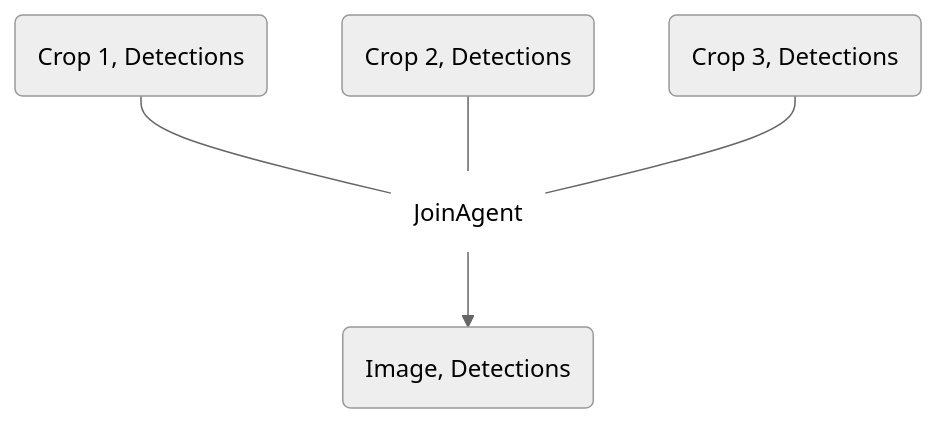
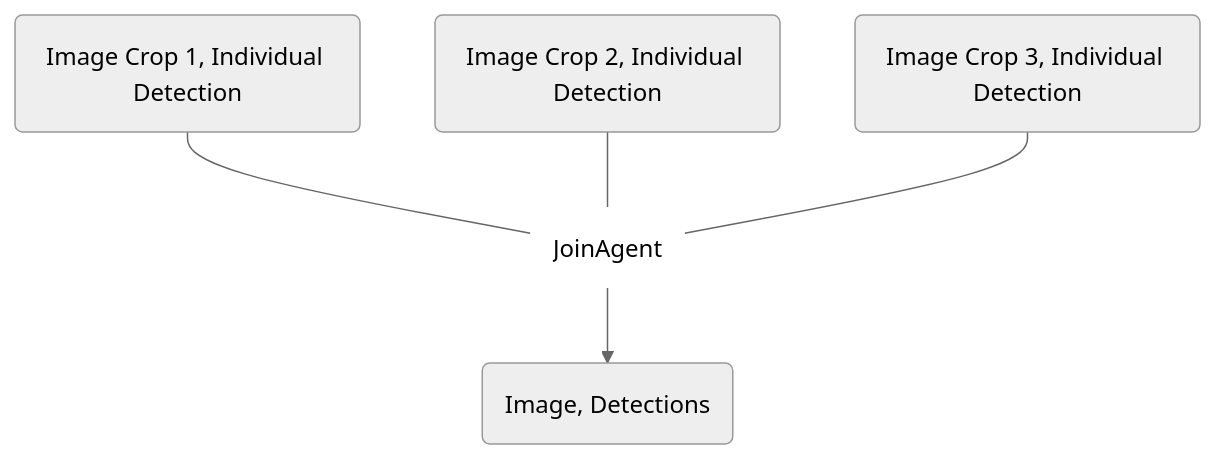
Before and after one commit to overeasy-sh/overeasy-docs: the diagram in types/agents.mdx, drawn with Mermaid. The commit also changed other lines of this file and 14 other files, not shown here.

Commit message:
removed diagrams

````diff
--- a/types/agents.mdx
+++ b/types/agents.mdx
@@ -88,7 +88,7 @@
  ```mermaid
 %%{init: {'theme': 'neutral' } }%%
 flowchart TD
-  1(Crop 1, Detections) & 2(Crop 2, Detections) & 3(Crop 3, Detections) --- JoinAgent(JoinAgent) --> 4(Image, Detections)
+  1(Image Crop 1, Individual Detection) & 2(Image Crop 2, Individual Detection) & 3(Image Crop 3, Individual Detection) --- JoinAgent(JoinAgent) --> 4(Image, Detections)
 
   style JoinAgent fill:#ffffff,stroke:#333,stroke-width:0px
 ```
````
